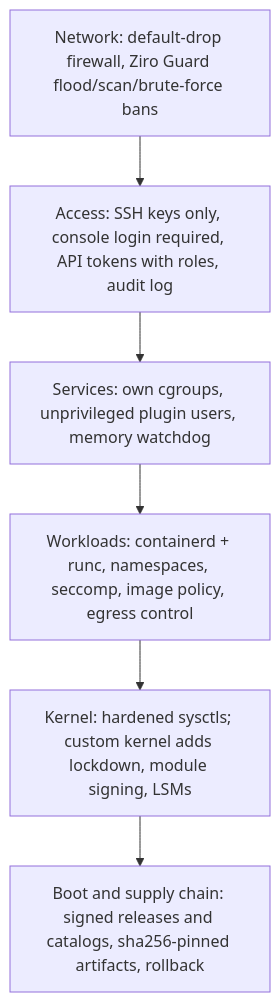
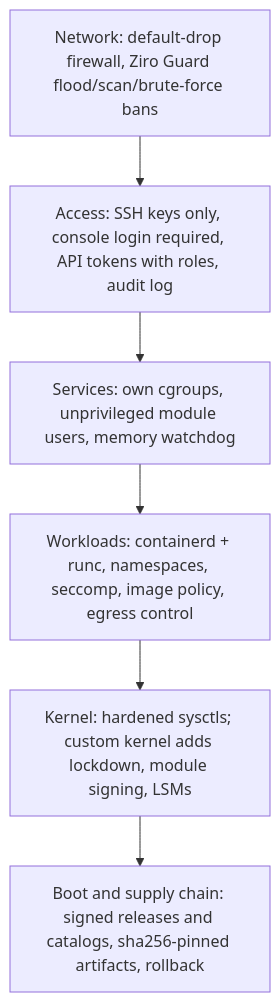
Before and after one commit to ziro-os/ziro-os: the diagram in docs/security.md, drawn with Mermaid. The commit also changed other lines of this file and 44 other files, not shown here.

````diff
--- a/docs/security.md
+++ b/docs/security.md
@@ -28,9 +29,9 @@
 ```mermaid
 flowchart TB
   N[Network: default-drop firewall, Ziro Guard flood/scan/brute-force bans] -->
   A[Access: SSH keys only, console login required, API tokens with roles, audit log] -->
-  S[Services: own cgroups, unprivileged plugin users, memory watchdog] -->
+  S[Services: own cgroups, unprivileged module users, memory watchdog] -->
   W[Workloads: containerd + runc, namespaces, seccomp, image policy, egress control] -->
   K[Kernel: hardened sysctls; custom kernel adds lockdown, module signing, LSMs] -->
   B[Boot and supply chain: signed releases and catalogs, sha256-pinned artifacts, rollback]
 ```
````
